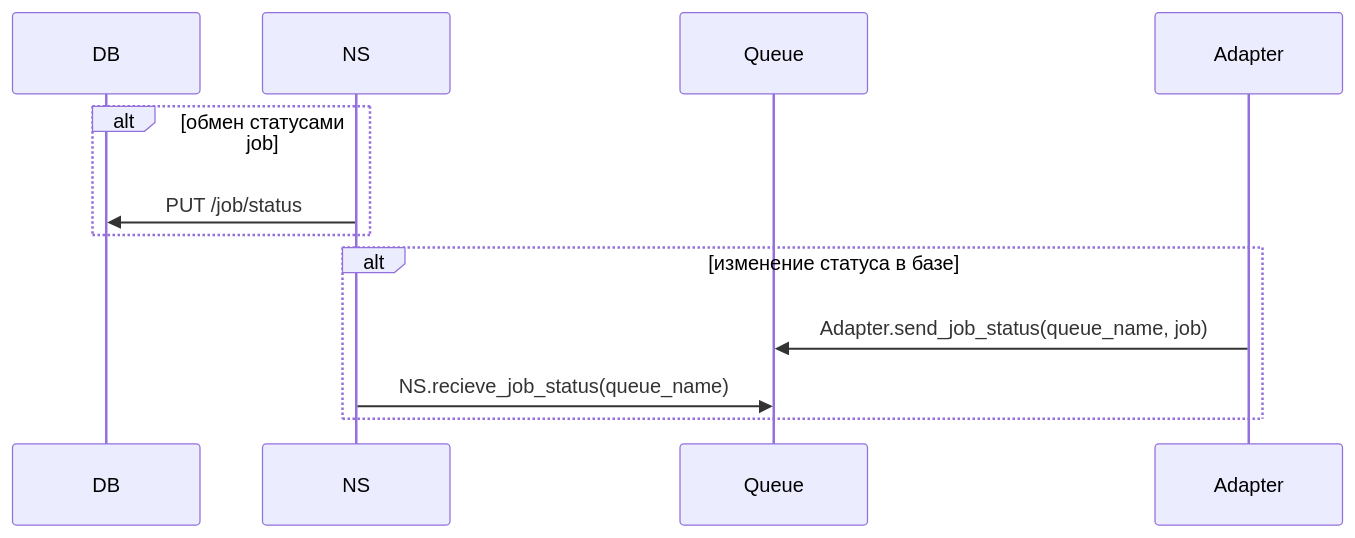
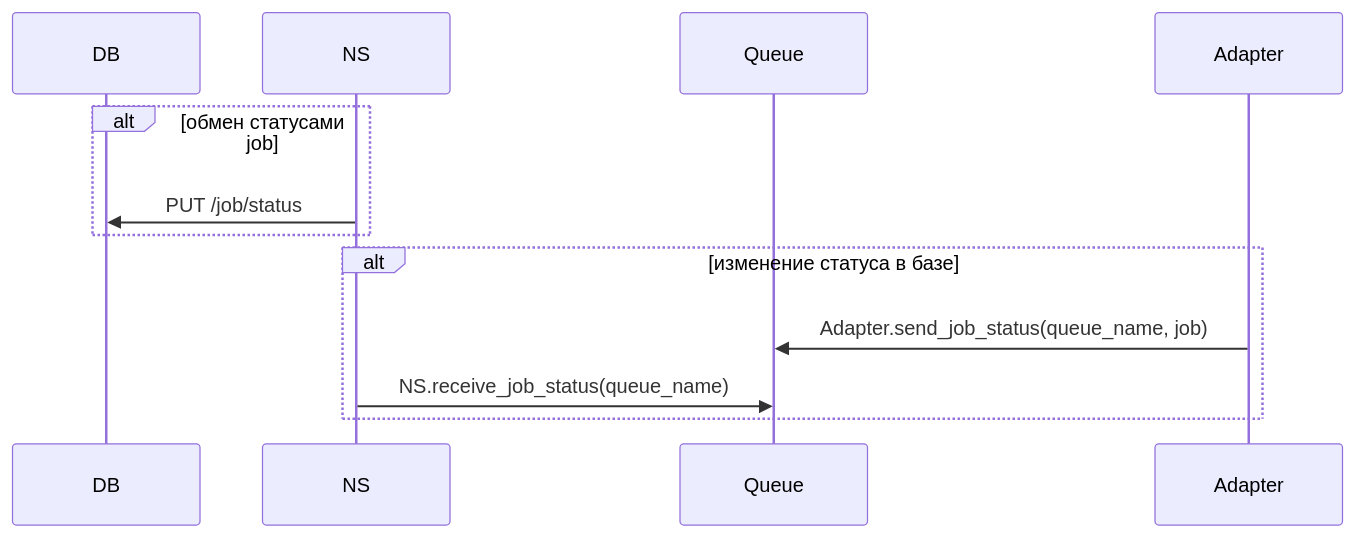
One commit to Timo4ey/ns changed the fourth of 4 diagrams in ns-sequence-diagram-rmq.md. Above: the diagram before and after it, drawn with Mermaid. The commit also changed other lines of this file and 1 other file, not shown here.

````diff
--- a/ns-sequence-diagram-rmq.md
+++ b/ns-sequence-diagram-rmq.md
@@ -94,19 +94,19 @@
 ```mermaid
 
 sequenceDiagram
     participant DB
     participant NS
     participant Queue
     participant Adapter
 
 
 
 
     alt обмен статусами job
         NS ->> DB: PUT /job/status
     end
     alt изменение статуса в базе
         Adapter ->> Queue:Adapter.send_job_status(queue_name, job)
-        NS ->> Queue: NS.recieve_job_status(queue_name)
+        NS ->> Queue: NS.receive_job_status(queue_name)
     end
 ```
````
